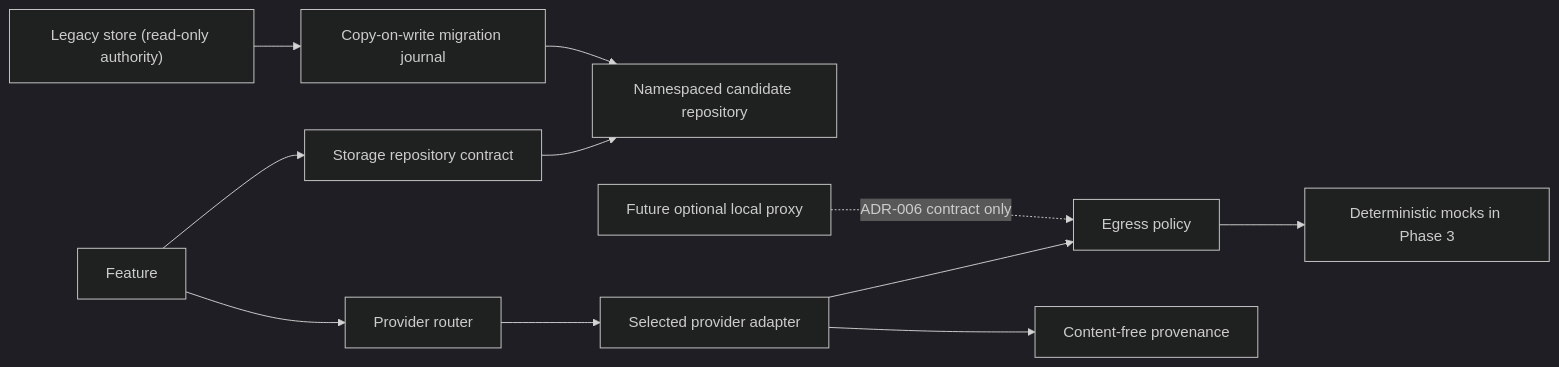
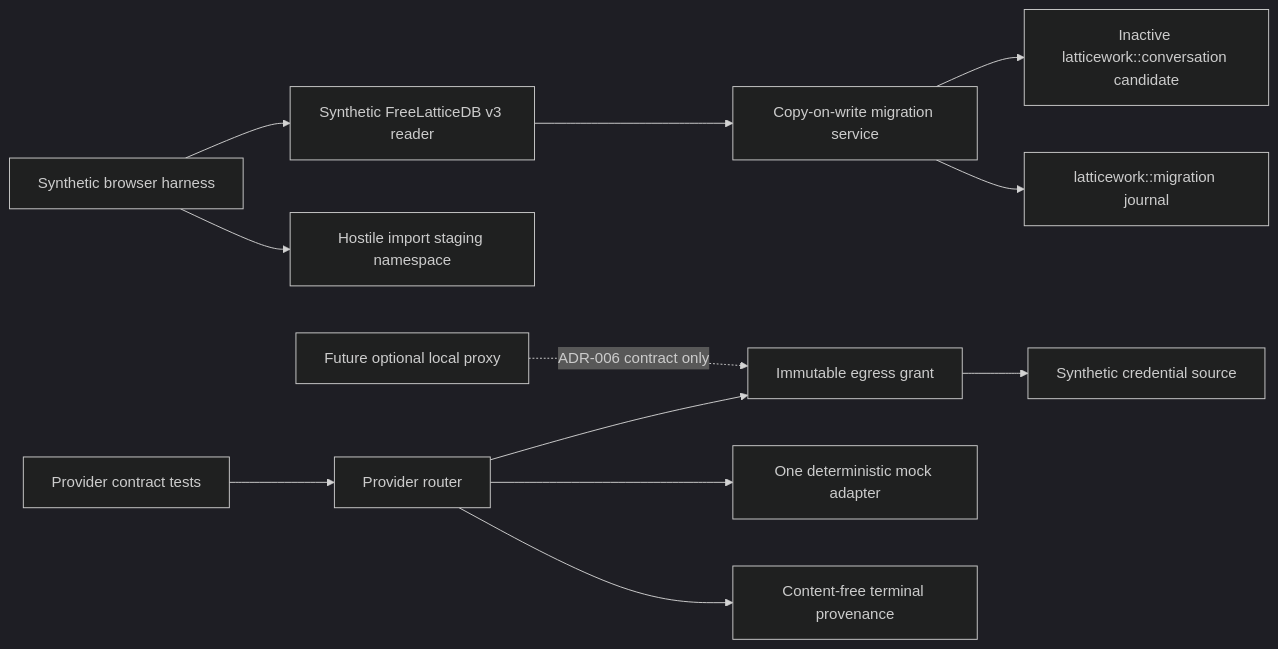
The fourth of 4 diagrams in docs/ARCHITECTURE.md (EmergentKnowledgeGroup/LATTICEWORK), drawn with Mermaid (dark theme) before and after one commit. The commit also changed other lines of this file and 48 other files, not shown here.

Commit message:
feat: add phase 3 storage and provider foundation

````diff
--- a/docs/ARCHITECTURE.md
+++ b/docs/ARCHITECTURE.md
@@ -167,13 +168,14 @@
 ```mermaid
 flowchart LR
-    F["Feature"] --> SR["Storage repository contract"]
-    SR --> CR["Namespaced candidate repository"]
-    LS["Legacy store (read-only authority)"] --> MJ["Copy-on-write migration journal"]
-    MJ --> CR
-    F --> PR["Provider router"]
-    PR --> PA["Selected provider adapter"]
-    PA --> EP["Egress policy"]
-    PA --> PV["Content-free provenance"]
-    EP --> M["Deterministic mocks in Phase 3"]
+    BH["Synthetic browser harness"] --> LS["Synthetic FreeLatticeDB v3 reader"]
+    LS --> MS["Copy-on-write migration service"]
+    MS --> CR["Inactive latticework::conversation candidate"]
+    MS --> MJ["latticework::migration journal"]
+    BH --> ST["Hostile import staging namespace"]
+    PT["Provider contract tests"] --> PR["Provider router"]
+    PR --> EP["Immutable egress grant"]
+    EP --> CS["Synthetic credential source"]
+    PR --> PA["One deterministic mock adapter"]
+    PR --> PV["Content-free terminal provenance"]
     PX["Future optional local proxy"] -. "ADR-006 contract only" .-> EP
 ```
````
